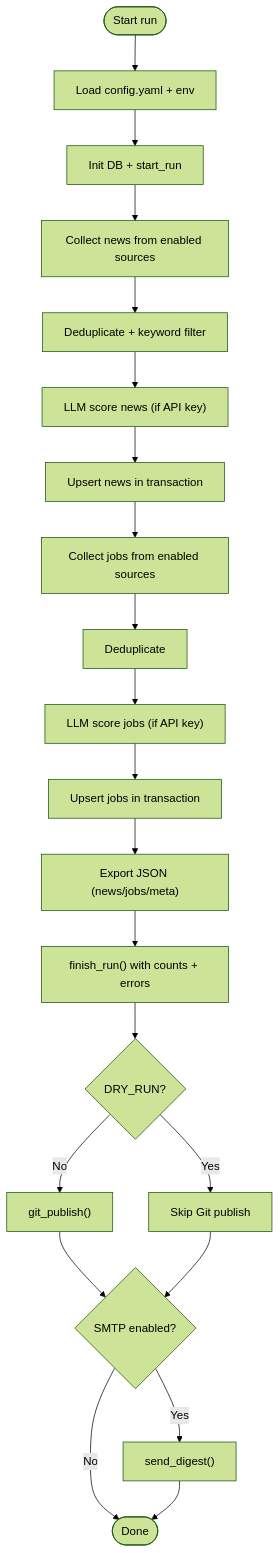
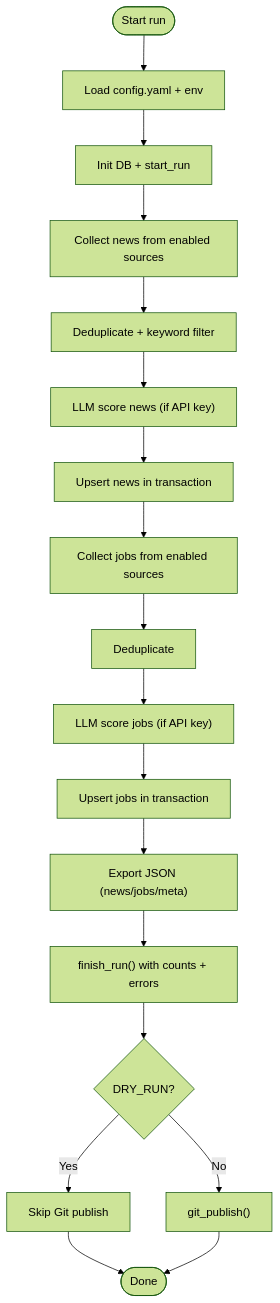
Before and after one commit to shakthi-vinayak/news: the third of 8 diagrams in .qoder/repowiki/en/content/Troubleshooting and FAQ.md, drawn with Mermaid (forest theme). The commit also changed other lines of this file and 32 other files, not shown here.

````diff
--- a/.qoder/repowiki/en/content/Troubleshooting and FAQ.md
+++ b/.qoder/repowiki/en/content/Troubleshooting and FAQ.md
@@ -150,23 +153,20 @@
 ```mermaid
 flowchart TD
 Start(["Start run"]) --> LoadCfg["Load config.yaml + env"]
 LoadCfg --> InitDB["Init DB + start_run"]
 InitDB --> CollectNews["Collect news from enabled sources"]
 CollectNews --> DedupNews["Deduplicate + keyword filter"]
 DedupNews --> ScoreNews["LLM score news (if API key)"]
 ScoreNews --> UpsertNews["Upsert news in transaction"]
 UpsertNews --> CollectJobs["Collect jobs from enabled sources"]
 CollectJobs --> DedupJobs["Deduplicate"]
 DedupJobs --> ScoreJobs["LLM score jobs (if API key)"]
 ScoreJobs --> UpsertJobs["Upsert jobs in transaction"]
 UpsertJobs --> Export["Export JSON (news/jobs/meta)"]
 Export --> FinishRun["finish_run() with counts + errors"]
 FinishRun --> Publish{"DRY_RUN?"}
 Publish --> |No| GitPush["git_publish()"]
 Publish --> |Yes| SkipGit["Skip Git publish"]
-GitPush --> SMTP{"SMTP enabled?"}
-SkipGit --> SMTP
-SMTP --> |Yes| SendDigest["send_digest()"]
-SMTP --> |No| End(["Done"])
-SendDigest --> End
+SkipGit --> End(["Done"])
+GitPush --> End
 ```
````
